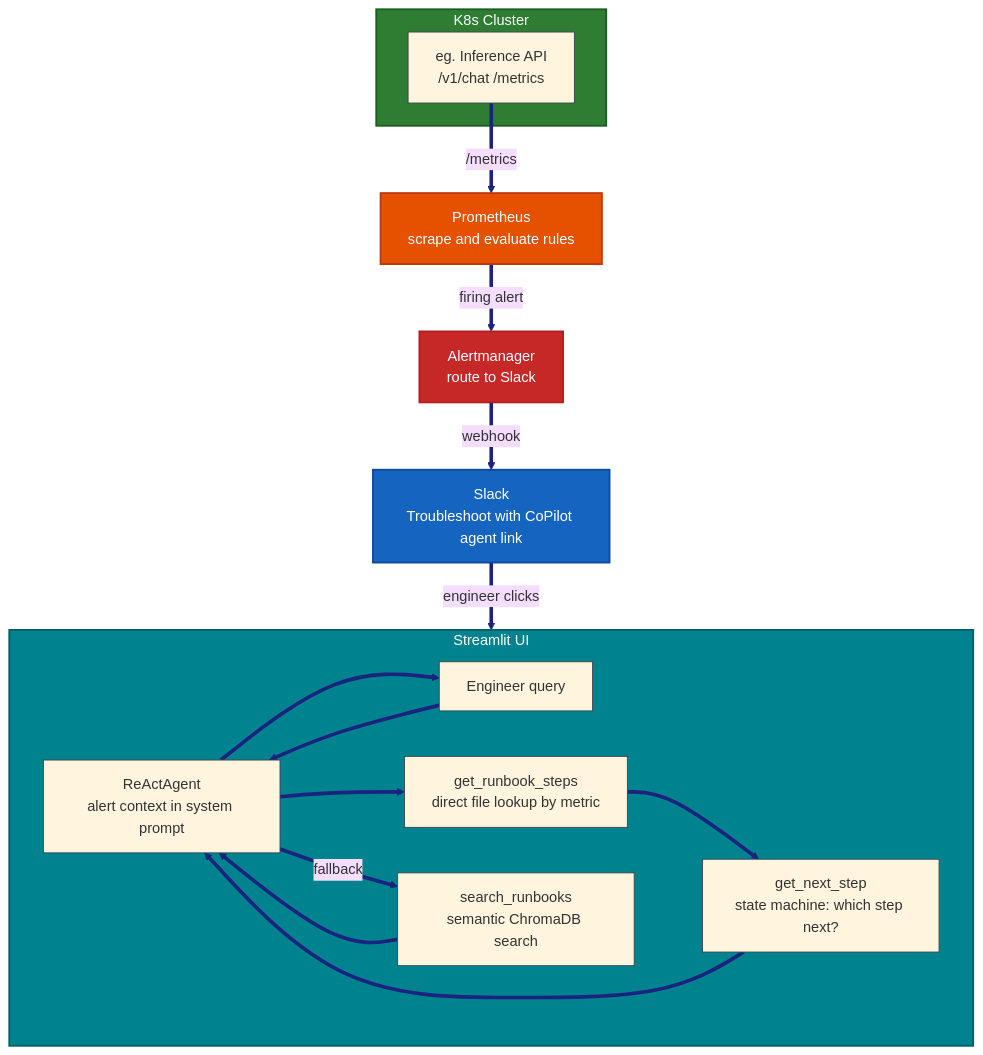
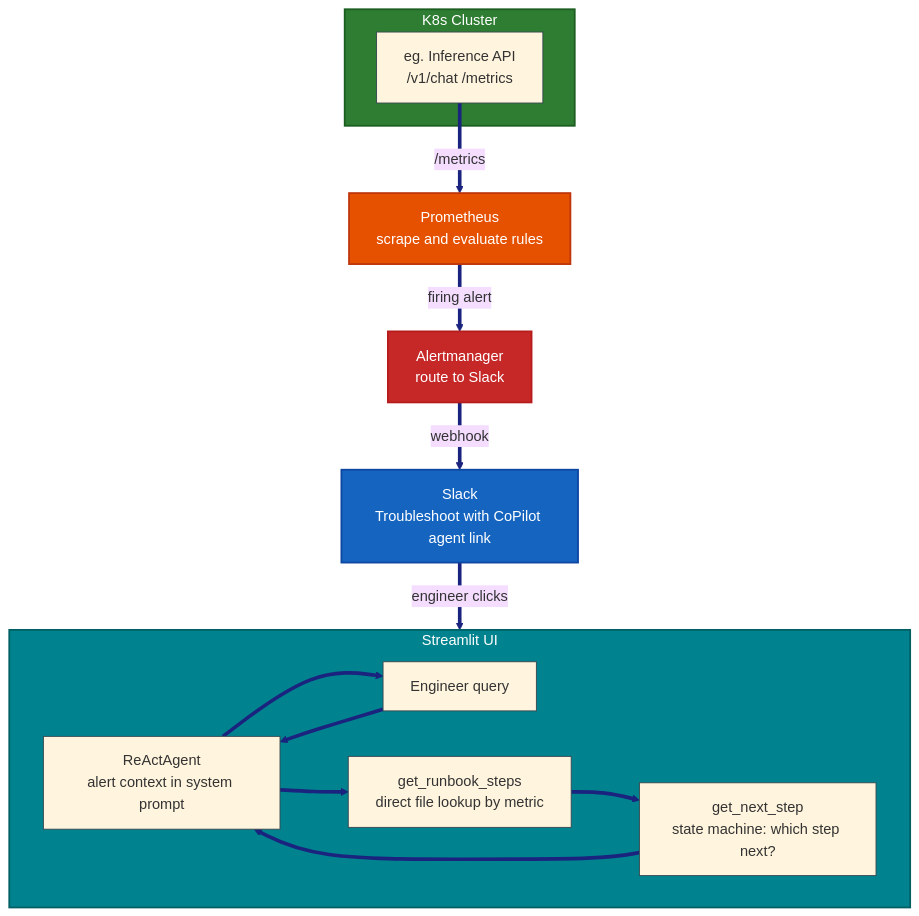
One commit to nimblenitin/sre-incident-copilot changed the diagram in README.md. Above: the diagram before and after it, drawn with Mermaid. The commit also changed other lines of this file and 14 other files, not shown here.

First line of the commit message:
Remove RAG system: strip chromadb, search_runbooks tool, embedding deps

````diff
--- a/README.md
+++ b/README.md
@@ -9,31 +9,29 @@
 ```mermaid
 %%{init: {'theme': 'base', 'themeVariables': {'background': '#e0f7fa', 'primaryBorderColor': '#37474f', 'lineColor': '#2c3e50', 'tertiaryColor': '#e0f7fa'}}}%%
 flowchart TB
     subgraph k8s[K8s Cluster]
         api[eg. Inference API<br/>/v1/chat /metrics]
     end
 
     api -- /metrics --> prom[Prometheus<br/>scrape and evaluate rules]
     prom -- firing alert --> am[Alertmanager<br/>route to Slack]
     am -- webhook --> slack[Slack<br/>Troubleshoot with CoPilot agent link]
     slack -- engineer clicks --> ui
 
     subgraph ui[Streamlit UI]
         agent[ReActAgent<br/>alert context in system prompt]
         user[Engineer query] --> agent
         agent --> direct[get_runbook_steps<br/>direct file lookup by metric]
         direct --> sm[get_next_step<br/>state machine: which step next?]
         sm --> agent
-        agent -- fallback --> search[search_runbooks<br/>semantic ChromaDB search]
-        search --> agent
         agent --> user
     end
 
     style k8s fill:#2e7d32,color:#ffffff,stroke:#1b5e20,stroke-width:2px
     style prom fill:#e65100,color:#ffffff,stroke:#bf360c,stroke-width:2px
     style am fill:#c62828,color:#ffffff,stroke:#b71c1c,stroke-width:2px
     style slack fill:#1565c0,color:#ffffff,stroke:#0d47a1,stroke-width:2px
     style ui fill:#00838f,color:#ffffff,stroke:#006064,stroke-width:2px
 
     linkStyle default stroke-width:4px,stroke:#1a237e
 ```
````
